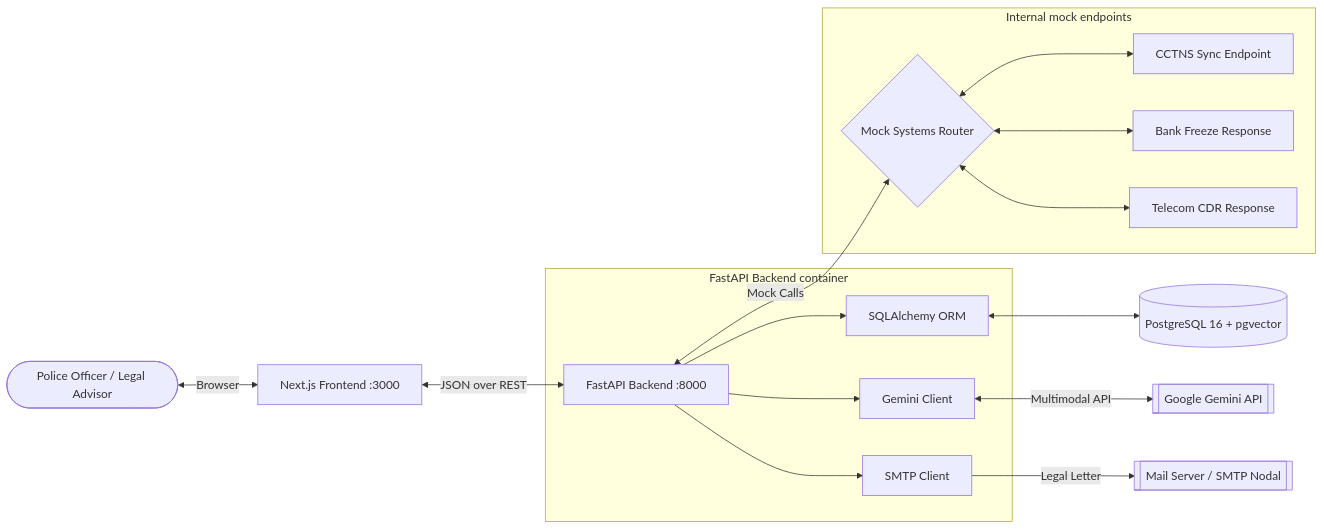
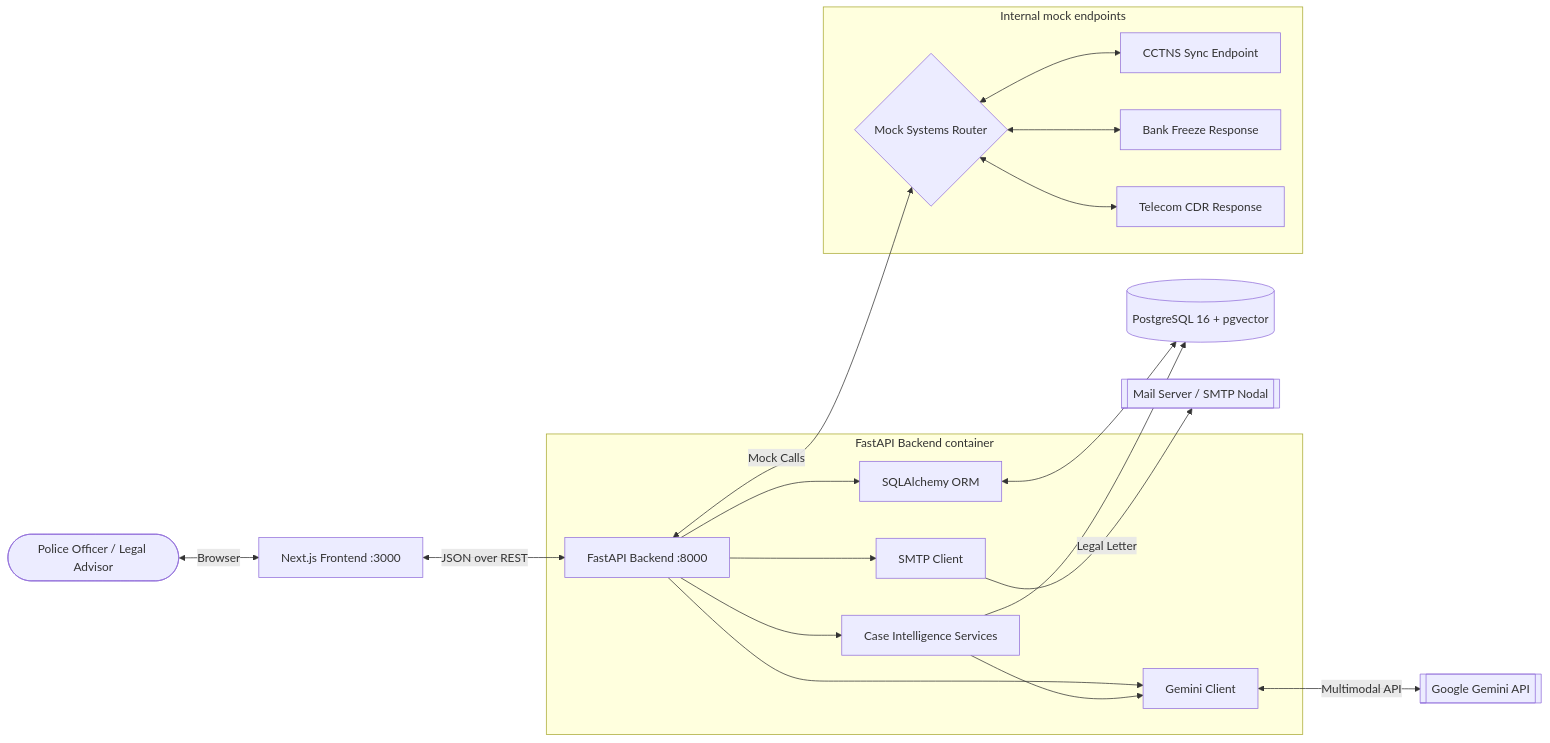
One commit to VrajVaghela/CrimeOS changed the first of 3 diagrams in context/architecture_diagram.md. Above: the diagram before and after it, drawn with Mermaid. The commit also changed other lines of this file and 10 other files, not shown here.

````diff
--- a/context/architecture_diagram.md
+++ b/context/architecture_diagram.md
@@ -4,22 +4,26 @@
 ```mermaid
 graph LR
     User([Police Officer / Legal Advisor]) <--> |Browser| FE[Next.js Frontend :3000]
     FE <--> |JSON over REST| BE[FastAPI Backend :8000]
     
     subgraph BE_CONTAINER [FastAPI Backend container]
         BE --> ORM[SQLAlchemy ORM]
         BE --> GC[Gemini Client]
         BE --> SMTP[SMTP Client]
+        BE --> INT[Case Intelligence Services]
     end
     
     ORM <--> DB[(PostgreSQL 16 + pgvector)]
     GC <--> |Multimodal API| GEMINI[[Google Gemini API]]
     SMTP --> |Legal Letter| SMTP_SERVER[[Mail Server / SMTP Nodal]]
     BE <--> |Mock Calls| MOCKS{Mock Systems Router}
+
+    INT --> DB
+    INT --> GC
     
     subgraph MOCK_SYSTEMS [Internal mock endpoints]
         MOCKS <--> CCTNS[CCTNS Sync Endpoint]
         MOCKS <--> BANK[Bank Freeze Response]
         MOCKS <--> TEL[Telecom CDR Response]
     end
 ```
````
